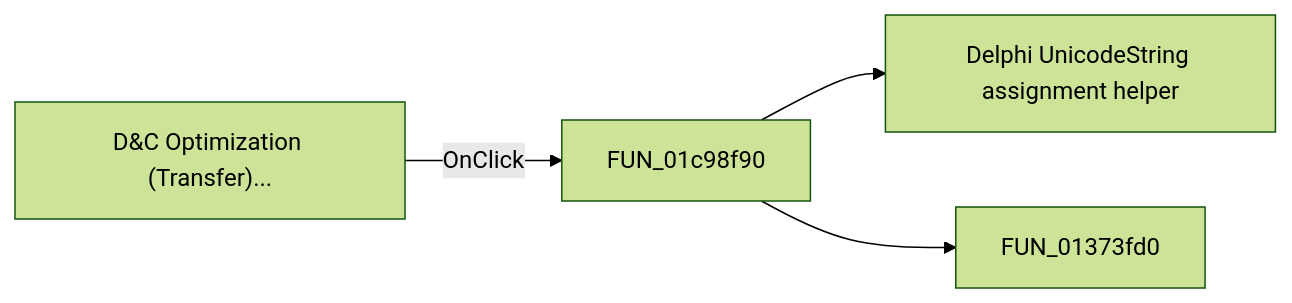
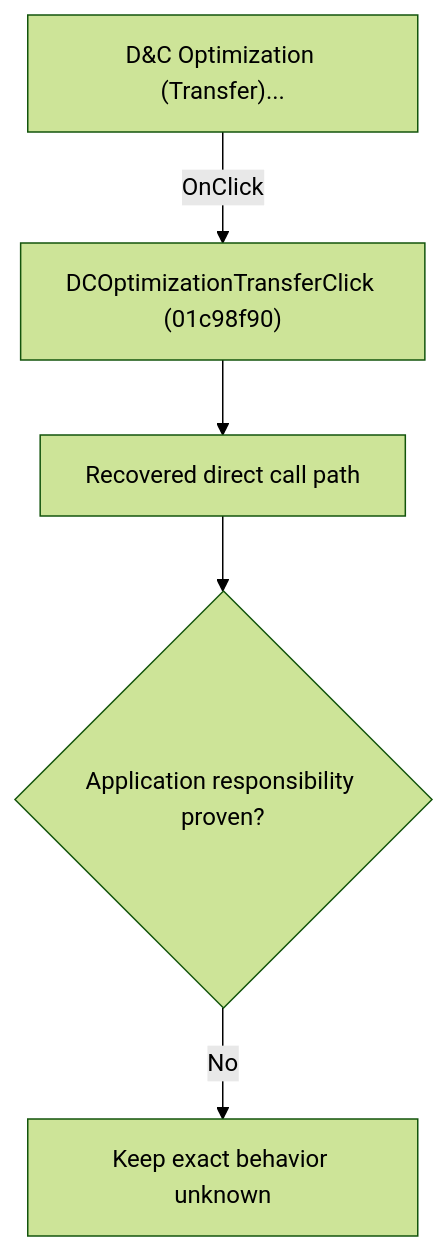
The diagram in docs/ui-controls/schematiceditor/dcoptimizationtransfer-e93b6b0981.md (MovGP0/TIARA), drawn with Mermaid (forest theme) before and after one commit. The commit also changed other lines of this file and 1062 other files, not shown here.

````diff
--- a/docs/ui-controls/schematiceditor/dcoptimizationtransfer-e93b6b0981.md
+++ b/docs/ui-controls/schematiceditor/dcoptimizationtransfer-e93b6b0981.md
@@ -27,6 +27,7 @@
 ```mermaid
-flowchart LR
-    control["D&C Optimization (Transfer)..."] -->|OnClick| handler["FUN_01c98f90"]
-    handler --> call1["Delphi UnicodeString assignment helper"]
-    handler --> call2["FUN_01373fd0"]
+flowchart TD
+    control["D&C Optimization (Transfer)..."] -->|"OnClick"| handler["DCOptimizationTransferClick (01c98f90)"]
+    handler --> recovered["Recovered direct call path"]
+    recovered --> gap{"Application responsibility proven?"}
+    gap -->|"No"| blocked["Keep exact behavior unknown"]
 ```
````
